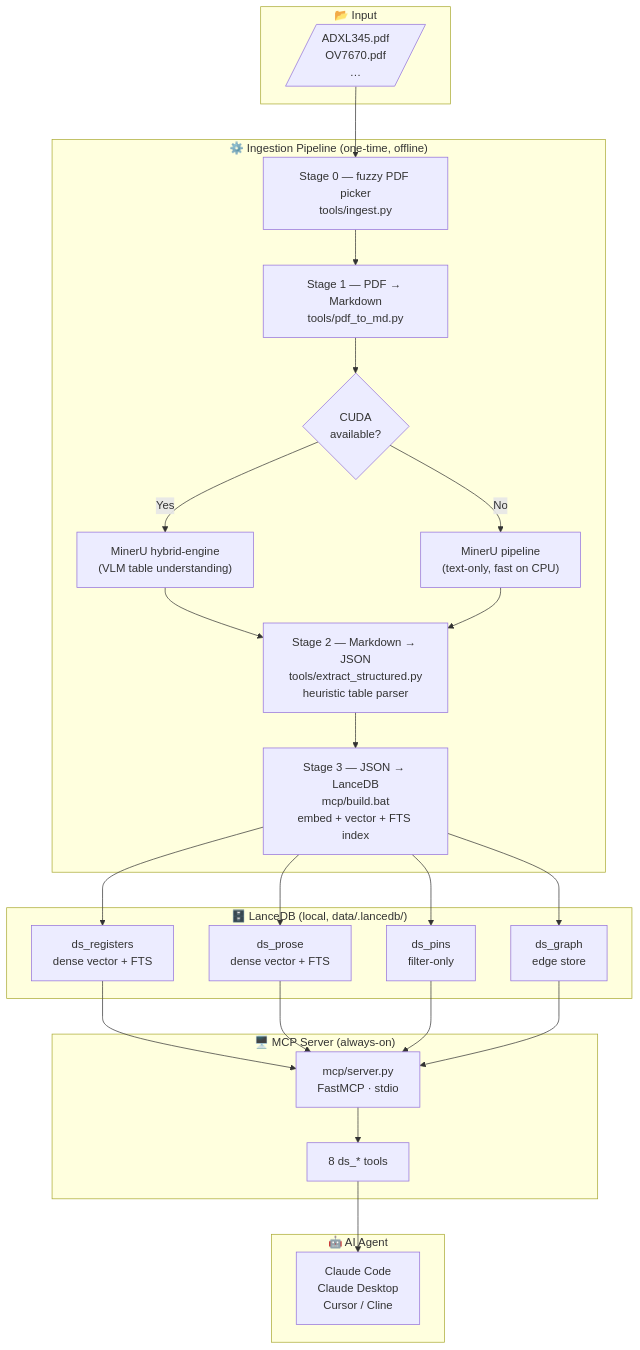
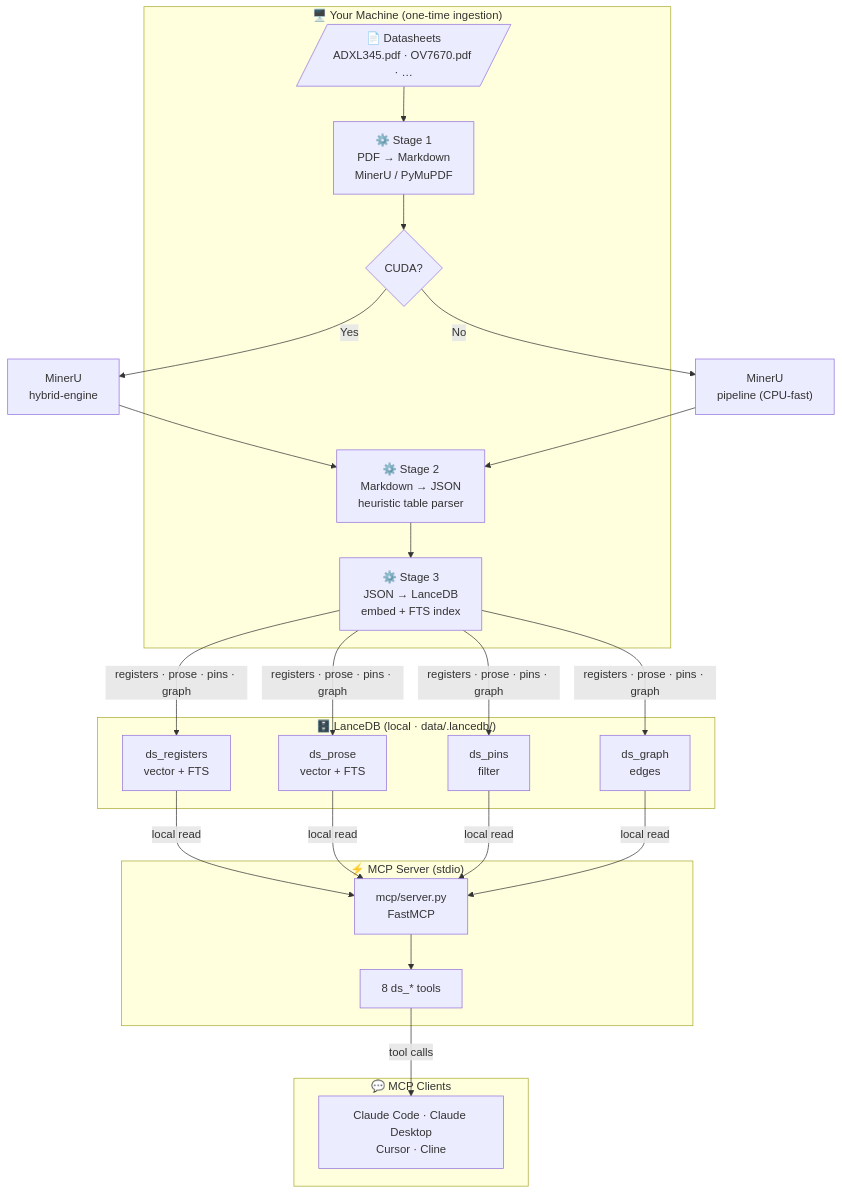
Before and after one commit to hungnguyen1503/datasheet-mcp: the first of 3 diagrams in README.md, drawn with Mermaid. The commit also changed other lines of this file, not shown here.

First line of the commit message:
docs: revise README to match HUM MCP style

````diff
--- a/README.md
+++ b/README.md
@@ -22,41 +11,35 @@
 ```mermaid
-flowchart TD
-    subgraph INPUT["📂 Input"]
-        PDF[/"ADXL345.pdf\nOV7670.pdf\n…"/]
+graph TB
+    subgraph Build["🖥️ Your Machine  (one-time ingestion)"]
+        PDF[/"📄 Datasheets<br/>ADXL345.pdf · OV7670.pdf · …"/]
+        S1["⚙️ Stage 1<br/>PDF → Markdown<br/>MinerU / PyMuPDF"]
+        S2["⚙️ Stage 2<br/>Markdown → JSON<br/>heuristic table parser"]
+        S3["⚙️ Stage 3<br/>JSON → LanceDB<br/>embed + FTS index"]
+        GPU{"CUDA?"}
     end
 
-    subgraph INGEST["⚙️  Ingestion Pipeline  (one-time, offline)"]
-        S0["Stage 0 — fuzzy PDF picker\ntools/ingest.py"]
-        S1["Stage 1 — PDF → Markdown\ntools/pdf_to_md.py"]
-        GPU{"CUDA\navailable?"}
-        S1H["MinerU hybrid-engine\n(VLM table understanding)"]
-        S1P["MinerU pipeline\n(text-only, fast on CPU)"]
-        S2["Stage 2 — Markdown → JSON\ntools/extract_structured.py\nheuristic table parser"]
-        S3["Stage 3 — JSON → LanceDB\nmcp/build.bat\nembed + vector + FTS index"]
+    subgraph DB["🗄️ LanceDB  (local · data/.lancedb/)"]
+        R["ds_registers<br/>vector + FTS"]
+        P["ds_prose<br/>vector + FTS"]
+        PI["ds_pins<br/>filter"]
+        G["ds_graph<br/>edges"]
     end
 
-    subgraph DB["🗄️  LanceDB  (local, data/.lancedb/)"]
-        R["ds_registers\ndense vector + FTS"]
-        P["ds_prose\ndense vector + FTS"]
-        PI["ds_pins\nfilter-only"]
-        G["ds_graph\nedge store"]
-    end
-
-    subgraph SERVER["🖥️  MCP Server  (always-on)"]
-        SRV["mcp/server.py\nFastMCP · stdio"]
+    subgraph Server["⚡ MCP Server  (stdio)"]
+        SRV["mcp/server.py<br/>FastMCP"]
         TOOLS["8 ds_* tools"]
     end
 
-    subgraph CLIENT["🤖  AI Agent"]
-        CC["Claude Code\nClaude Desktop\nCursor / Cline"]
+    subgraph Clients["💬 MCP Clients"]
+        CLI["Claude Code · Claude Desktop<br/>Cursor · Cline"]
     end
 
-    PDF --> S0 --> S1
+    PDF --> S1
     S1 --> GPU
-    GPU -- Yes --> S1H --> S2
-    GPU -- No  --> S1P --> S2
-    S2 --> S3
-    S3 --> R & P & PI & G
-    R & P & PI & G --> SRV
-    SRV --> TOOLS --> CC
+    GPU -- "Yes" --> S1H["MinerU<br/>hybrid-engine"]
+    GPU -- "No" --> S1P["MinerU<br/>pipeline (CPU-fast)"]
+    S1H & S1P --> S2 --> S3
+    S3 -->|"registers · prose · pins · graph"| R & P & PI & G
+    R & P & PI & G -->|"local read"| SRV
+    SRV --> TOOLS -->|"tool calls"| CLI
 ```
````
